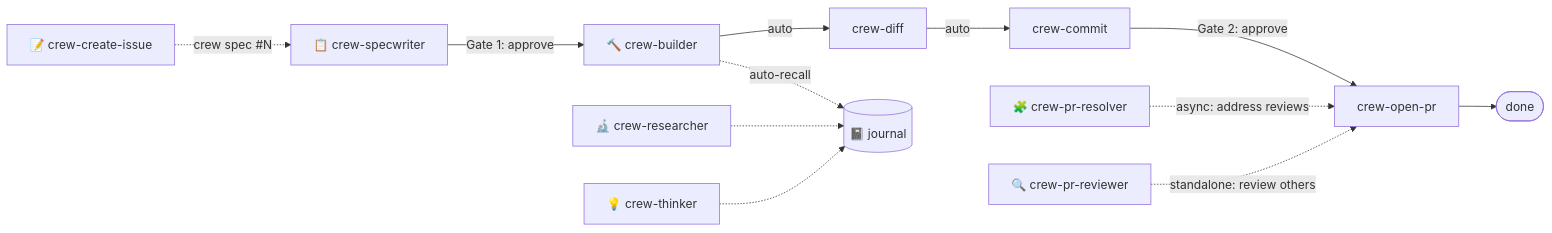
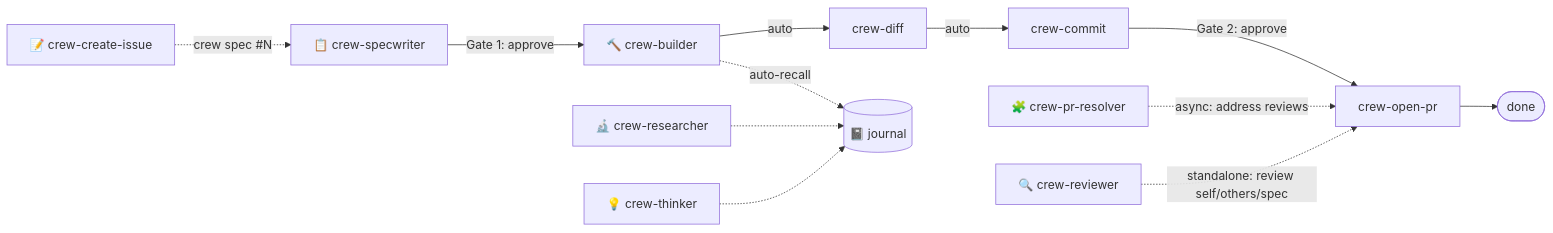
One commit to crespocarlos/el-capitan changed the diagram in README.md. Above: the diagram before and after it, drawn with Mermaid. The commit also changed other lines of this file and 8 other files, not shown here.

First line of the commit message:
feat(review): unified multi-lens review with parallel reviewer personas

````diff
--- a/README.md
+++ b/README.md
@@ -56,15 +58,15 @@
 ```mermaid
 flowchart LR
     issue["📝 crew-create-issue"] -.->|"crew spec #N"| spec
     spec["📋 crew-specwriter"] -->|"Gate 1: approve"| build["🔨 crew-builder"]
     build -->|"auto"| diff["crew-diff"]
     diff -->|"auto"| commit["crew-commit"]
     commit -->|"Gate 2: approve"| pr["crew-open-pr"]
     pr --> pipelineDone(["done"])
 
     resolver["🧩 crew-pr-resolver"] -.->|"async: address reviews"| pr
-    reviewer["🔍 crew-pr-reviewer"] -.->|"standalone: review others"| pr
+    reviewer["🔍 crew-reviewer"] -.->|"standalone: review self/others/spec"| pr
     research["🔬 crew-researcher"] -.-> journal[("📓 journal")]
     think["💡 crew-thinker"] -.-> journal
     build -.->|"auto-recall"| journal
 ```
````
